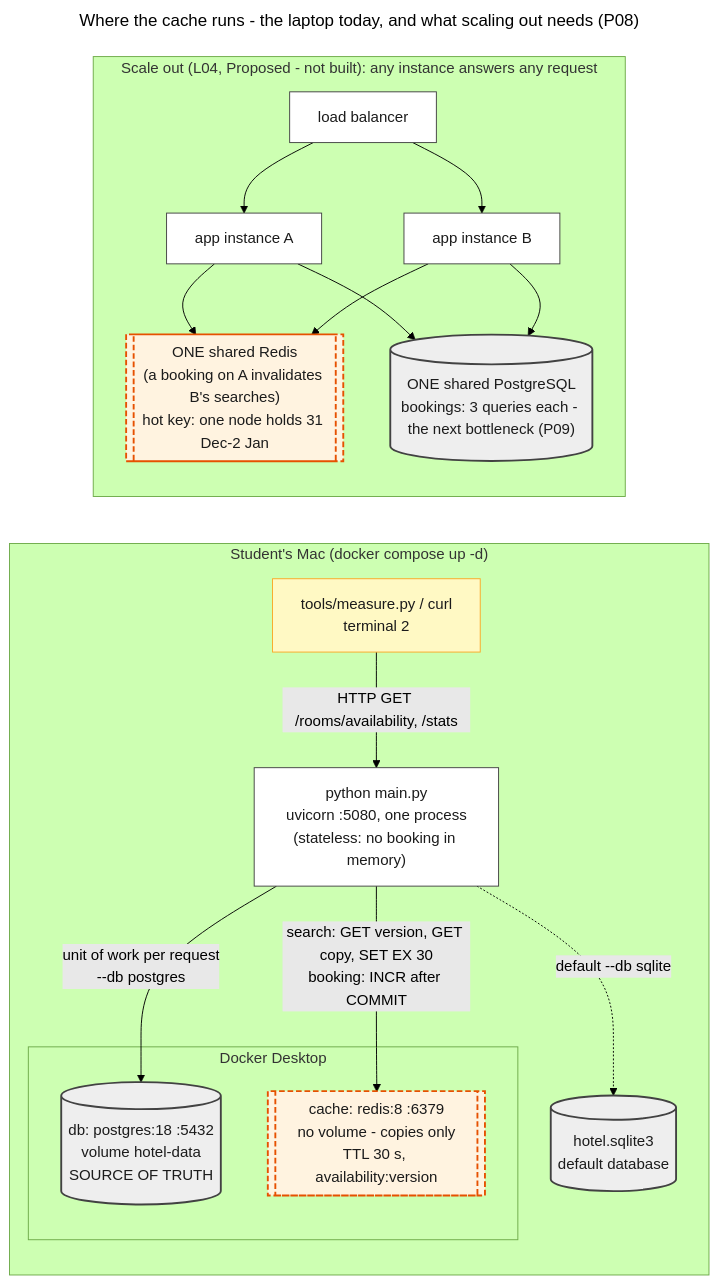
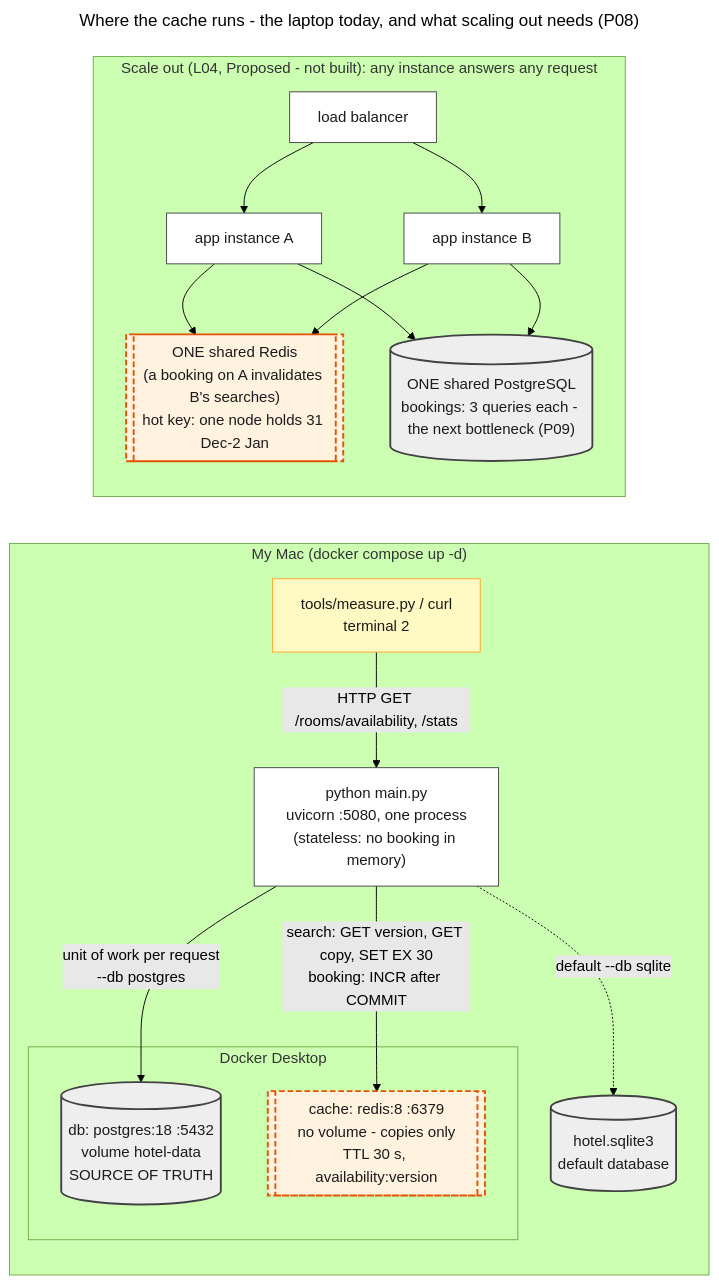
Before and after one commit to JasurShermatov/practice: the diagram in practices/P08-cache-scale-experiment/diagrams/deployment-and-scale.mmd, drawn with Mermaid (forest theme). The commit also changed 85 other files, not shown here.

```diff
--- a/practices/P08-cache-scale-experiment/diagrams/deployment-and-scale.mmd
+++ b/practices/P08-cache-scale-experiment/diagrams/deployment-and-scale.mmd
@@ -1,37 +1,37 @@
 ---
 title: Where the cache runs - the laptop today, and what scaling out needs (P08)
 ---
 flowchart LR
-  subgraph mac["Student's Mac (docker compose up -d)"]
+  subgraph mac["My Mac (docker compose up -d)"]
     tool["tools/measure.py / curl<br/>terminal 2"]
     app["python main.py<br/>uvicorn :5080, one process<br/>(stateless: no booking in memory)"]
     subgraph docker["Docker Desktop"]
       pg[("db: postgres:18 :5432<br/>volume hotel-data<br/>SOURCE OF TRUTH")]
       redis[["cache: redis:8 :6379<br/>no volume - copies only<br/>TTL 30 s, availability:version"]]
     end
     sqlite[("hotel.sqlite3<br/>default database")]
   end
   tool -->|HTTP GET /rooms/availability, /stats| app
   app -->|search: GET version, GET copy, SET EX 30<br/>booking: INCR after COMMIT| redis
   app -->|unit of work per request<br/>--db postgres| pg
   app -.->|default --db sqlite| sqlite
 
   subgraph out["Scale out (L04, Proposed - not built): any instance answers any request"]
     lb["load balancer"]
     a1["app instance A"]
     a2["app instance B"]
     shared[["ONE shared Redis<br/>(a booking on A invalidates B's searches)<br/>hot key: one node holds 31 Dec-2 Jan"]]
     truth[("ONE shared PostgreSQL<br/>bookings: 3 queries each - the next bottleneck (P09)")]
   end
   lb --> a1 & a2
   a1 & a2 --> shared
   a1 & a2 --> truth
 
   classDef truthc fill:#eeeeee,stroke:#424242,stroke-width:2px,color:#1b1b1b
   classDef cachec fill:#fff3e0,stroke:#e65100,stroke-width:2px,stroke-dasharray:6 3,color:#1b1b1b
   classDef ours fill:#ffffff,stroke:#424242,color:#1b1b1b
   classDef outside fill:#fff9c4,stroke:#f9a825,color:#1b1b1b
   class pg,sqlite,truth truthc
   class redis,shared cachec
   class app,a1,a2,lb ours
   class tool outside
```
